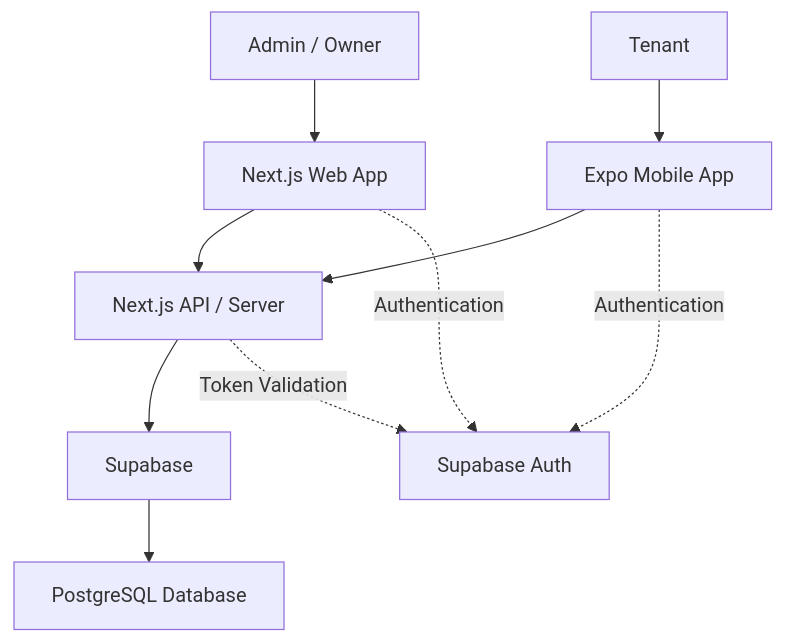
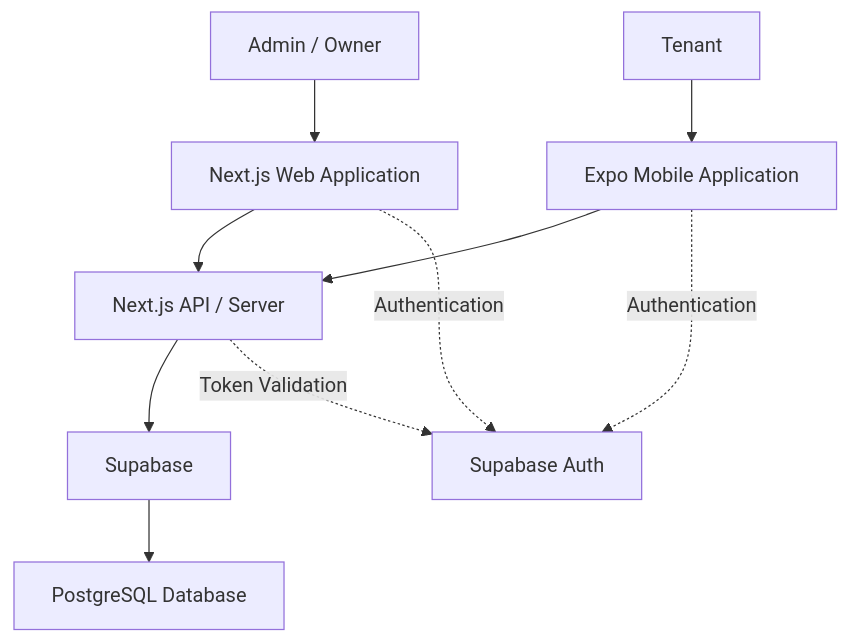
Before and after one commit to Hurve-en/boardease-web: the diagram in README.md, drawn with Mermaid. The commit also changed other lines of this file, not shown here.

````diff
--- a/README.md
+++ b/README.md
@@ -130,15 +122,15 @@
 ```mermaid
 flowchart TD
-    A["Admin / Owner"] --> B["Next.js Web App"]
-    C["Tenant"] --> D["Expo Mobile App"]
+    A["Admin / Owner"] --> B["Next.js Web Application"]
+    C["Tenant"] --> D["Expo Mobile Application"]
 
     B --> E["Next.js API / Server"]
     D --> E
 
     E --> F["Supabase"]
     F --> G["PostgreSQL Database"]
 
     B -. "Authentication" .-> H["Supabase Auth"]
     D -. "Authentication" .-> H
     E -. "Token Validation" .-> H
 ```
````
